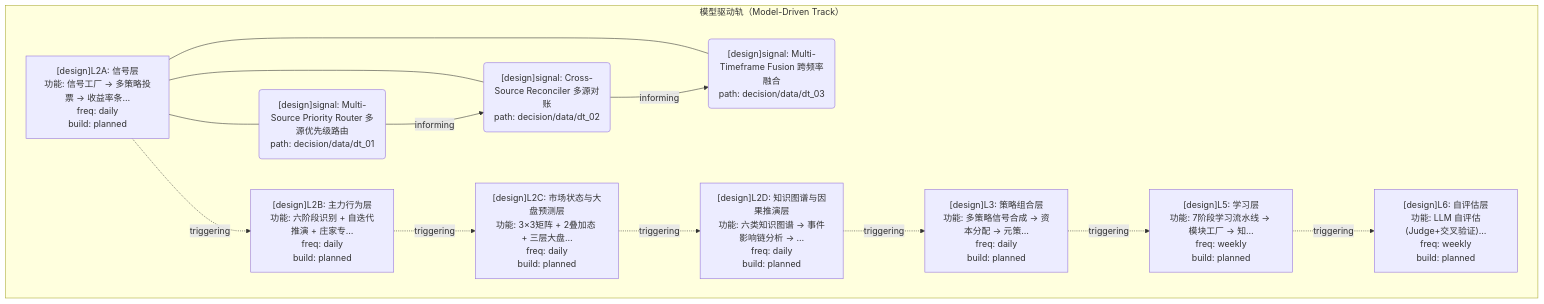
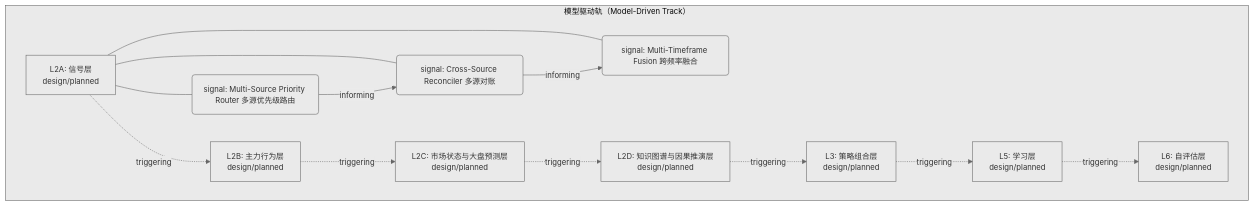
One commit to xuanFelixVan/ZephyrAlpha changed the first of 2 diagrams in docs/02_enterprise_architecture/06_decision_architecture/06_decision_l2a_data.md. Above: the diagram before and after it, drawn with Mermaid. The commit also changed other lines of this file and 23 other files, not shown here.

First line of the commit message:
fix(decision-diagram): mermaid 图加 subgraph 容器 + clusterBkg 主题变量

````diff
--- a/docs/02_enterprise_architecture/06_decision_architecture/06_decision_l2a_data.md
+++ b/docs/02_enterprise_architecture/06_decision_architecture/06_decision_l2a_data.md
@@ -21,26 +21,27 @@
 ```mermaid
+%%{init: {'theme': 'base', 'themeVariables': {'primaryColor': '#eaeaea', 'primaryTextColor': '#333333', 'primaryBorderColor': '#666666', 'lineColor': '#666666', 'clusterBkg': '#eaeaea', 'clusterBorder': '#666666', 'fontSize': '14px'}}}%%
 flowchart TD
     subgraph track_model_driven["模型驱动轨（Model-Driven Track）"]
-        LL2A["[design]L2A: 信号层<br/>功能: 信号工厂 → 多策略投票 → 收益率条…<br/>freq: daily<br/>build: planned"]
-        N192("[design]signal: Multi-Source Priority Router 多源优先级路由<br/>path: decision/data/dt_01")
+        LL2A["L2A: 信号层<br/>design/planned"]
+        N192("signal: Multi-Source Priority Router 多源优先级路由")
         LL2A --- N192
-        N193("[design]signal: Cross-Source Reconciler 多源对账<br/>path: decision/data/dt_02")
+        N193("signal: Cross-Source Reconciler 多源对账")
         LL2A --- N193
-        N194("[design]signal: Multi-Timeframe Fusion 跨频率融合<br/>path: decision/data/dt_03")
+        N194("signal: Multi-Timeframe Fusion 跨频率融合")
         LL2A --- N194
-        LL2B["[design]L2B: 主力行为层<br/>功能: 六阶段识别 + 自迭代推演 + 庄家专…<br/>freq: daily<br/>build: planned"]
-        LL2C["[design]L2C: 市场状态与大盘预测层<br/>功能: 3×3矩阵 + 2叠加态 + 三层大盘…<br/>freq: daily<br/>build: planned"]
-        LL2D["[design]L2D: 知识图谱与因果推演层<br/>功能: 六类知识图谱 → 事件影响链分析 → …<br/>freq: daily<br/>build: planned"]
-        LL3["[design]L3: 策略组合层<br/>功能: 多策略信号合成 → 资本分配 → 元策…<br/>freq: daily<br/>build: planned"]
-        LL5["[design]L5: 学习层<br/>功能: 7阶段学习流水线 → 模块工厂 → 知…<br/>freq: weekly<br/>build: planned"]
-        LL6["[design]L6: 自评估层<br/>功能: LLM 自评估(Judge+交叉验证)…<br/>freq: weekly<br/>build: planned"]
+        LL2B["L2B: 主力行为层<br/>design/planned"]
+        LL2C["L2C: 市场状态与大盘预测层<br/>design/planned"]
+        LL2D["L2D: 知识图谱与因果推演层<br/>design/planned"]
+        LL3["L3: 策略组合层<br/>design/planned"]
+        LL5["L5: 学习层<br/>design/planned"]
+        LL6["L6: 自评估层<br/>design/planned"]
     end
     LL2A -.->|triggering| LL2B
     LL2B -.->|triggering| LL2C
     LL2C -.->|triggering| LL2D
     LL2D -.->|triggering| LL3
     LL3 -.->|triggering| LL5
     LL5 -.->|triggering| LL6
     N192 -->|informing| N193
     N193 -->|informing| N194
 ```
````
